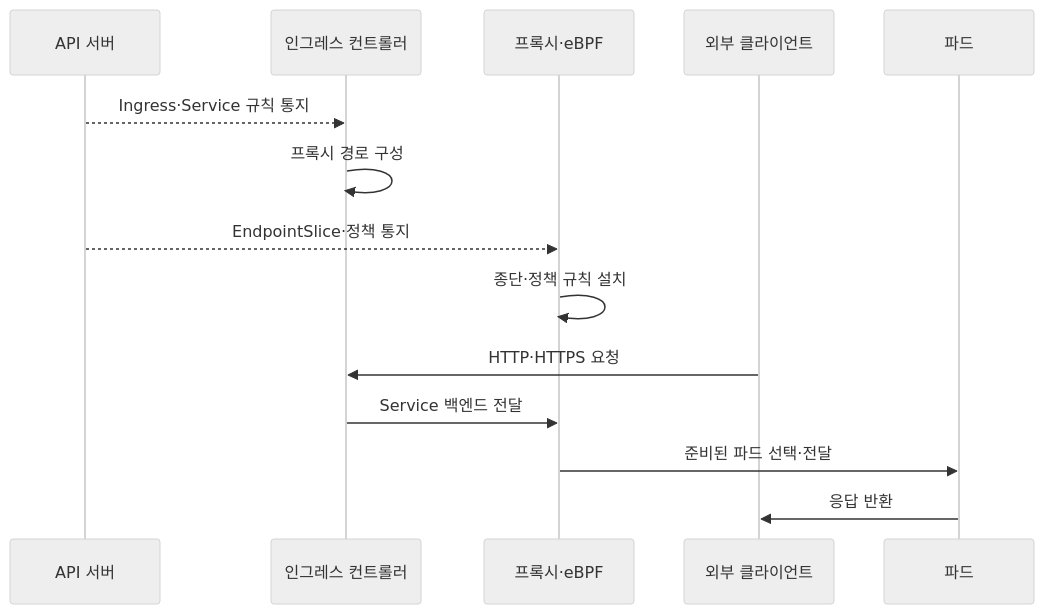
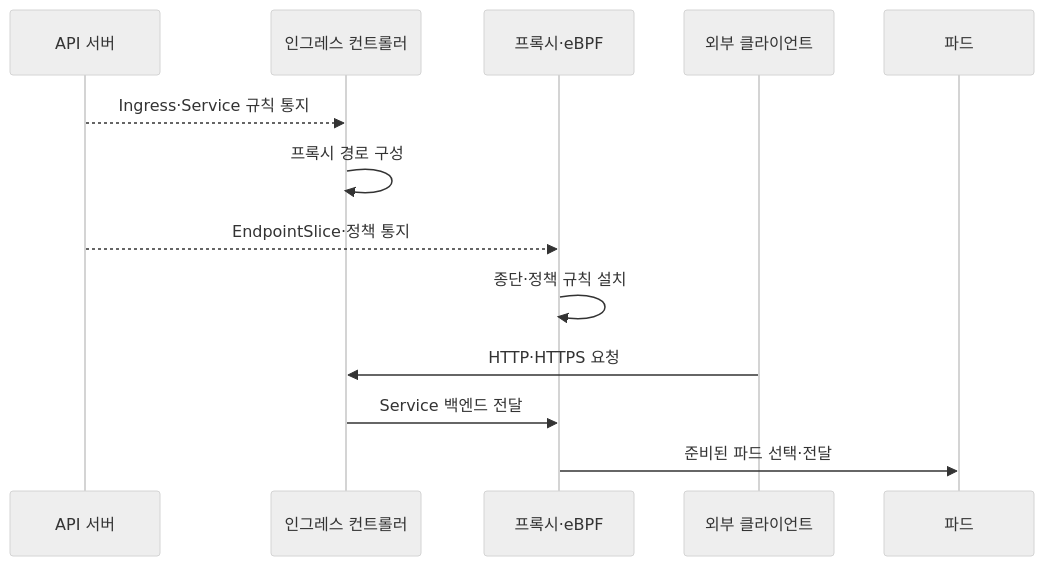
One commit to agnusdei1207/knowledge-base changed the second of 2 diagrams in src/content/docs/notes/04-network/062_kubernetes_networking.md. Above: the diagram before and after it, drawn with Mermaid (neutral theme). The commit also changed other lines of this file and 7 other files, not shown here.

````diff
--- a/src/content/docs/notes/04-network/062_kubernetes_networking.md
+++ b/src/content/docs/notes/04-network/062_kubernetes_networking.md
@@ -98,16 +98,15 @@
 ```mermaid
 sequenceDiagram
     participant A as API 서버
     participant I as 인그레스 컨트롤러
     participant D as 프록시·eBPF
     participant C as 외부 클라이언트
     participant P as 파드
     A-->>I: Ingress·Service 규칙 통지
     I->>I: 프록시 경로 구성
     A-->>D: EndpointSlice·정책 통지
     D->>D: 종단·정책 규칙 설치
     C->>I: HTTP·HTTPS 요청
     I->>D: Service 백엔드 전달
     D->>P: 준비된 파드 선택·전달
-    P->>C: 응답 반환
 ```
````
